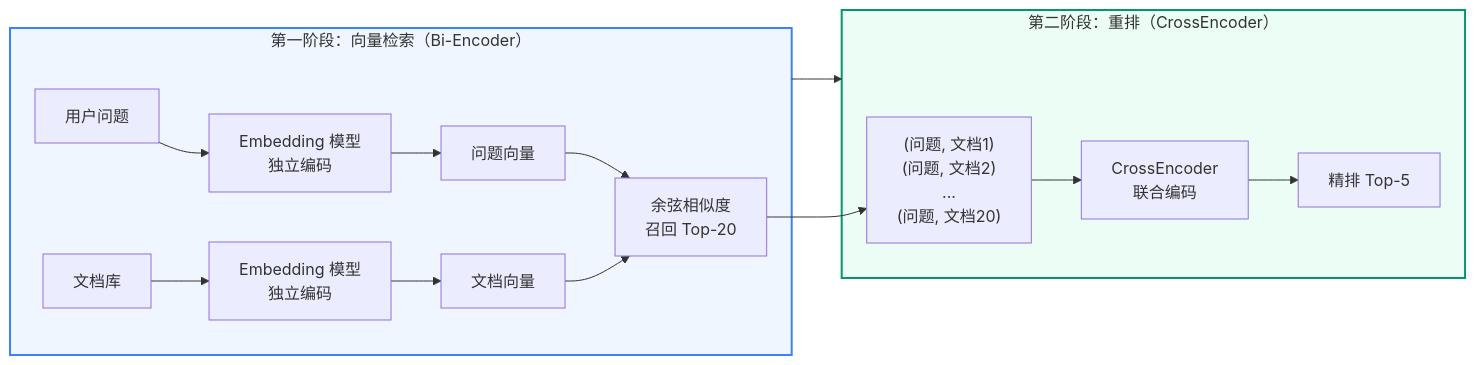
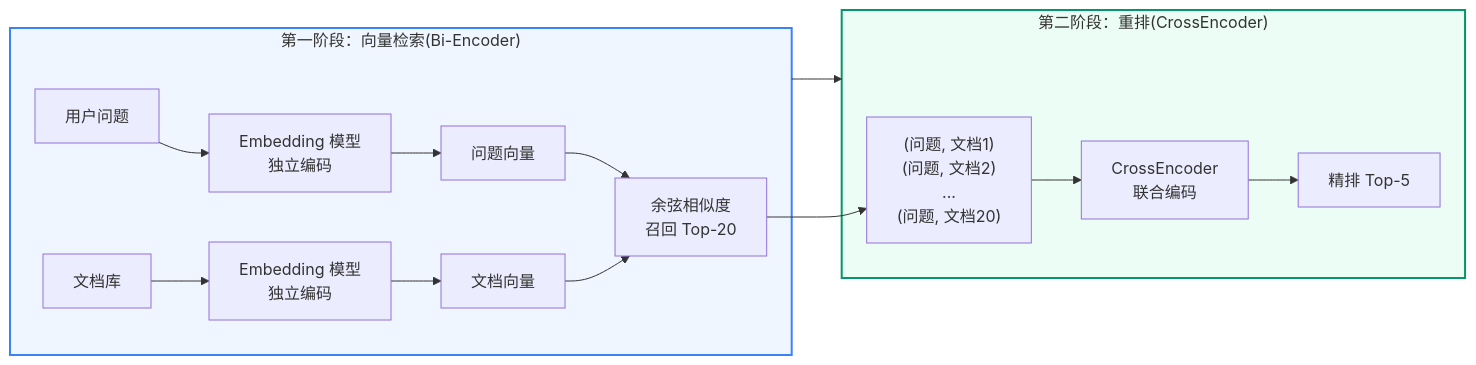
The first of 4 diagrams in RAG/retrieval/cross-encoder-reranker.mdx (VectorPeak/VectorPeakBlogs), drawn with Mermaid before and after one commit. The commit also changed other lines of this file and 35 other files, not shown here.

````diff
--- a/RAG/retrieval/cross-encoder-reranker.mdx
+++ b/RAG/retrieval/cross-encoder-reranker.mdx
@@ -24,22 +24,22 @@
 ```mermaid
 flowchart LR
-    subgraph Stage1["第一阶段：向量检索（Bi-Encoder）"]
+    subgraph Stage1["第一阶段：向量检索(Bi-Encoder)"]
         Q1["用户问题"] --> E1["Embedding 模型<br/>独立编码"]
         D1["文档库"] --> E2["Embedding 模型<br/>独立编码"]
         E1 --> V1["问题向量"]
         E2 --> V2["文档向量"]
         V1 --> S1["余弦相似度<br/>召回 Top-20"]
         V2 --> S1
     end
 
-    subgraph Stage2["第二阶段：重排（CrossEncoder）"]
+    subgraph Stage2["第二阶段：重排(CrossEncoder)"]
         S1 --> Pairs["(问题, 文档1)<br/>(问题, 文档2)<br/>...<br/>(问题, 文档20)"]
         Pairs --> CE["CrossEncoder<br/>联合编码"]
         CE --> Rerank["精排 Top-5"]
     end
 
     Stage1 --> Stage2
 
     style Stage1 fill:#EFF6FF,stroke:#3B82F6,stroke-width:2px
     style Stage2 fill:#ECFDF5,stroke:#059669,stroke-width:2px
 ```
````
